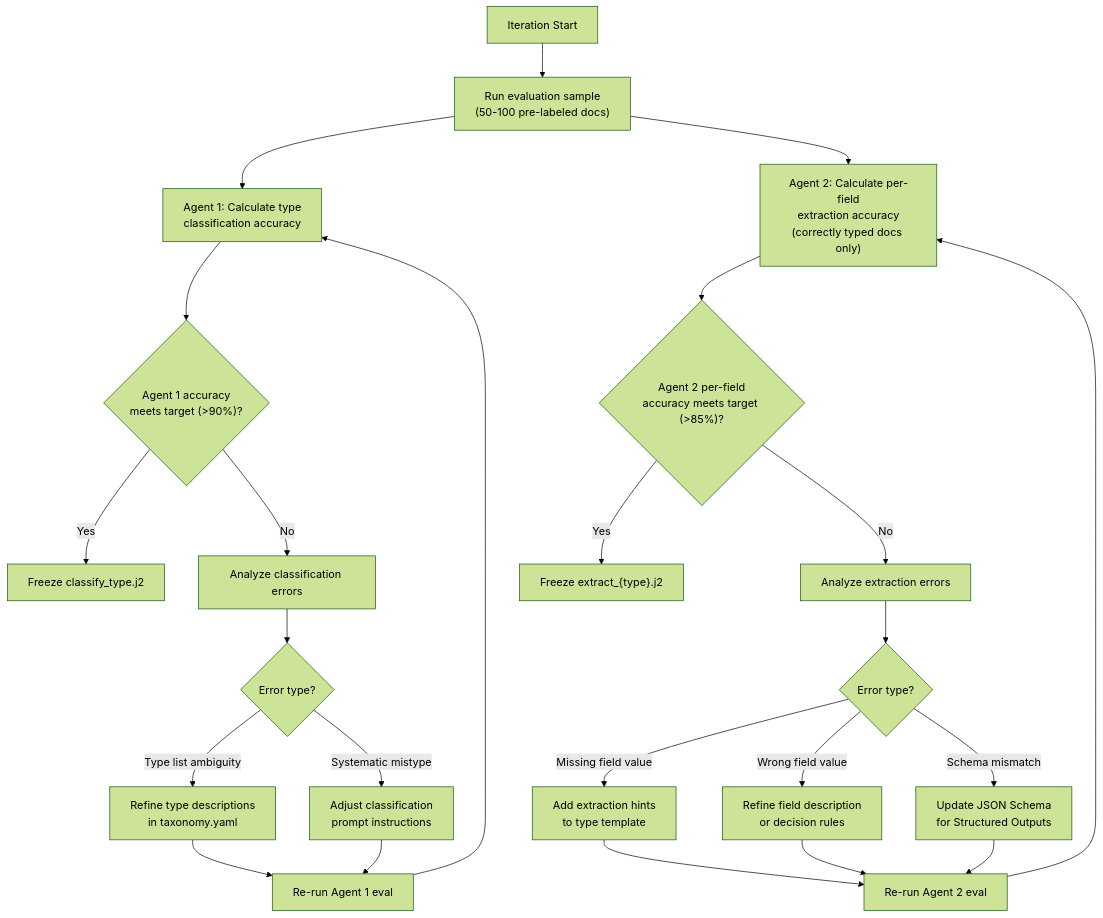
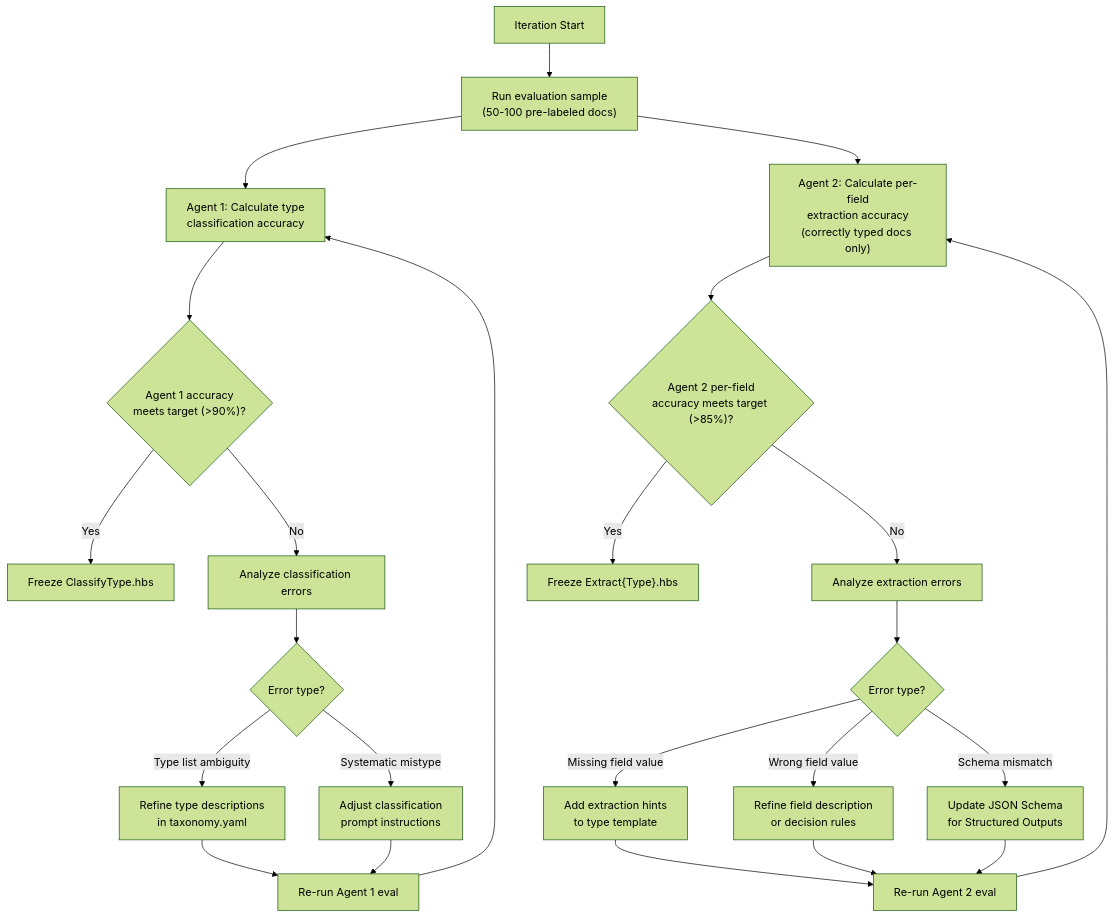
The diagram in docs/architecture/prompt-engineering-strategy.md (jonathan-chow-ibm/idv-document-enrichment), drawn with Mermaid (forest theme) before and after one commit. The commit also changed other lines of this file and 27 other files, not shown here.

````diff
--- a/docs/architecture/prompt-engineering-strategy.md
+++ b/docs/architecture/prompt-engineering-strategy.md
@@ -396,29 +396,29 @@
 ```mermaid
 flowchart TD
     A["Iteration Start"] --> B["Run evaluation sample<br/>(50-100 pre-labeled docs)"]
     B --> C1["Agent 1: Calculate type<br/>classification accuracy"]
     B --> C2["Agent 2: Calculate per-field<br/>extraction accuracy<br/>(correctly typed docs only)"]
     C1 --> D1{"Agent 1 accuracy<br/>meets target (>90%)?"}
     C2 --> D2{"Agent 2 per-field<br/>accuracy meets target (>85%)?"}
     
-    D1 -->|"Yes"| E1["Freeze classify_type.j2"]
+    D1 -->|"Yes"| E1["Freeze ClassifyType.hbs"]
     D1 -->|"No"| F1["Analyze classification errors"]
-    D2 -->|"Yes"| E2["Freeze extract_{type}.j2"]
+    D2 -->|"Yes"| E2["Freeze Extract{Type}.hbs"]
     D2 -->|"No"| F2["Analyze extraction errors"]
     
     F1 --> G1{"Error type?"}
     G1 -->|"Type list ambiguity"| H1["Refine type descriptions<br/>in taxonomy.yaml"]
     G1 -->|"Systematic mistype"| J1["Adjust classification<br/>prompt instructions"]
     H1 --> N1["Re-run Agent 1 eval"]
     J1 --> N1
     N1 --> C1
     
     F2 --> G2{"Error type?"}
     G2 -->|"Missing field value"| H2["Add extraction hints<br/>to type template"]
     G2 -->|"Wrong field value"| J2["Refine field description<br/>or decision rules"]
     G2 -->|"Schema mismatch"| K2["Update JSON Schema<br/>for Structured Outputs"]
     H2 --> N2["Re-run Agent 2 eval"]
     J2 --> N2
     K2 --> N2
     N2 --> C2
 ```
````
